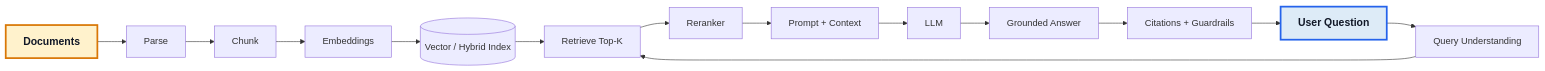
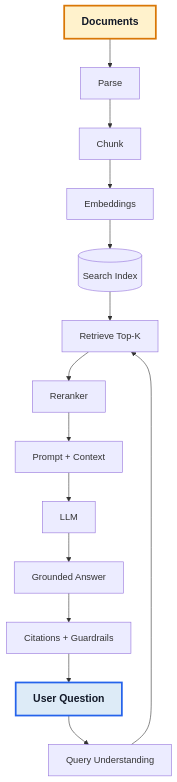
One commit to azam123/awesome-ai-engineer changed the first of 26 diagrams in AI-Engineer-Interview-Questions-2026.md. Above: the diagram before and after it, drawn with Mermaid. The commit also changed other lines of this file, not shown here.

Commit message:
docs: make Mermaid diagrams fit narrow screens

````diff
--- a/AI-Engineer-Interview-Questions-2026.md
+++ b/AI-Engineer-Interview-Questions-2026.md
@@ -107,21 +107,21 @@
 ```mermaid
-flowchart LR
+flowchart TD
 A[Documents] --> B[Parse]
 B --> C[Chunk]
 C --> D[Embeddings]
-D --> E[(Vector / Hybrid Index)]
+D --> E[(Search Index)]
 U[User Question] --> Q[Query Understanding]
 Q --> R[Retrieve Top-K]
 E --> R
 R --> RR[Reranker]
 RR --> P[Prompt + Context]
 P --> L[LLM]
 L --> G[Grounded Answer]
 G --> V[Citations + Guardrails]
 V --> U
 class A yellow
 class U blue
 classDef yellow fill:#FFF2CC,stroke:#D97706,stroke-width:3px,color:#111827,font-size:18px,font-weight:bold;
 classDef blue fill:#DDEBF7,stroke:#2563EB,stroke-width:3px,color:#111827,font-size:18px,font-weight:bold;
 classDef green fill:#E2F0D9,stroke:#15803D,stroke-width:3px,color:#111827,font-size:18px,font-weight:bold;
 ```
````
